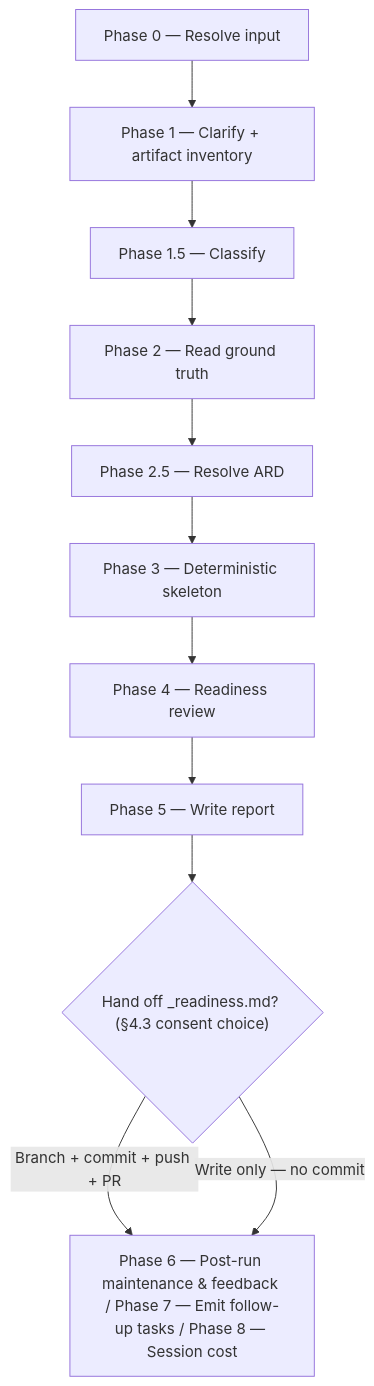
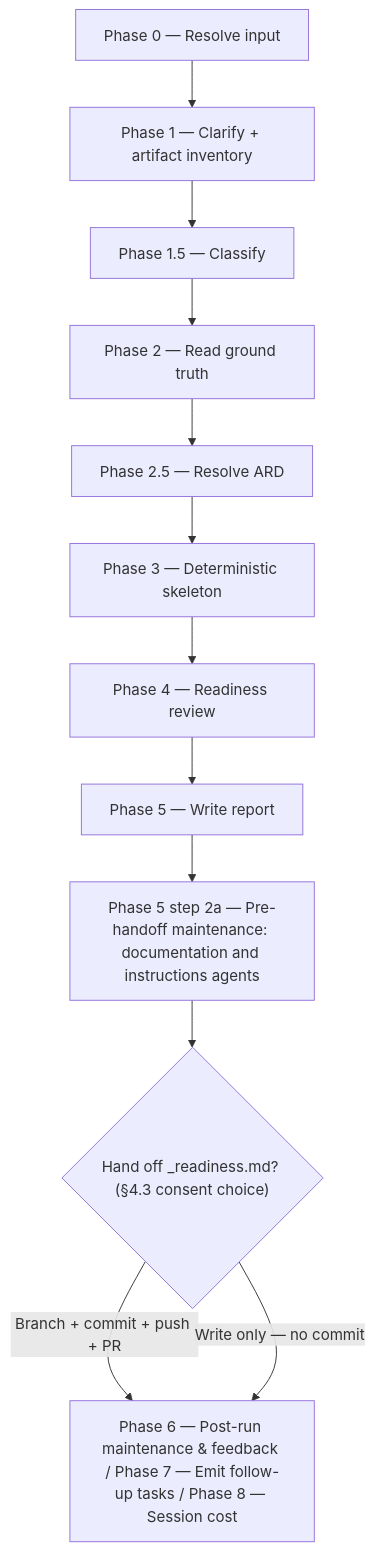
One commit to ihudak/ai-workflows changed the diagram in plugins/dev-workflows/docs/commands/ready.md. Above: the diagram before and after it, drawn with Mermaid. The commit also changed other lines of this file and 22 other files, not shown here.

````diff
--- a/plugins/dev-workflows/docs/commands/ready.md
+++ b/plugins/dev-workflows/docs/commands/ready.md
@@ -29,13 +29,14 @@
 ```mermaid
 flowchart TD
     p0["Phase 0 — Resolve input"] --> p1["Phase 1 — Clarify + artifact inventory"]
     p1 --> p15["Phase 1.5 — Classify"]
     p15 --> p2["Phase 2 — Read ground truth"]
     p2 --> p25["Phase 2.5 — Resolve ARD"]
     p25 --> p3["Phase 3 — Deterministic skeleton"]
     p3 --> p4["Phase 4 — Readiness review"]
     p4 --> p5["Phase 5 — Write report"]
-    p5 --> d1{"Hand off _readiness.md? (§4.3 consent choice)"}
+    p5 --> p5a["Phase 5 step 2a — Pre-handoff maintenance: documentation and instructions agents"]
+    p5a --> d1{"Hand off _readiness.md? (§4.3 consent choice)"}
     d1 -->|"Branch + commit + push + PR"| p678["Phase 6 — Post-run maintenance & feedback / Phase 7 — Emit follow-up tasks / Phase 8 — Session cost"]
     d1 -->|"Write only — no commit"| p678
 ```
````
